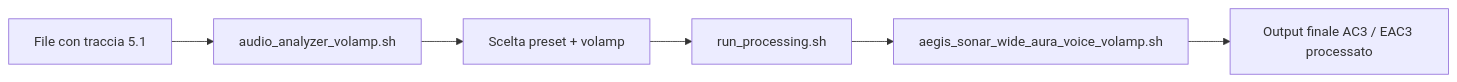
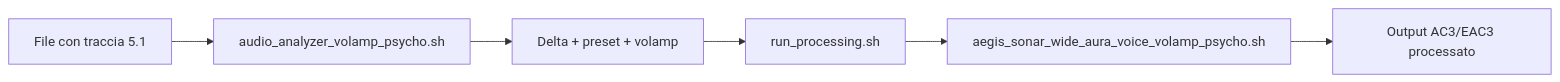
The first of 5 diagrams in README.md (Damocle77/Sonar_AC3D), drawn with Mermaid before and after one commit. The commit also changed other lines of this file, not shown here.

````diff
--- a/README.md
+++ b/README.md
@@ -256,8 +508,8 @@
 ```mermaid
 flowchart LR
-    A[File con traccia 5.1] --> B[audio_analyzer_volamp.sh]
-    B --> C[Scelta preset + volamp]
+    A[File con traccia 5.1] --> B[audio_analyzer_volamp_psycho.sh]
+    B --> C[Delta + preset + volamp]
     C --> D[run_processing.sh]
-    D --> E[aegis_sonar_wide_aura_voice_volamp.sh]
-    E --> F[Output finale AC3 / EAC3 processato]
+    D --> E[aegis_sonar_wide_aura_voice_volamp_psycho.sh]
+    E --> F[Output AC3/EAC3 processato]
 ```
````
